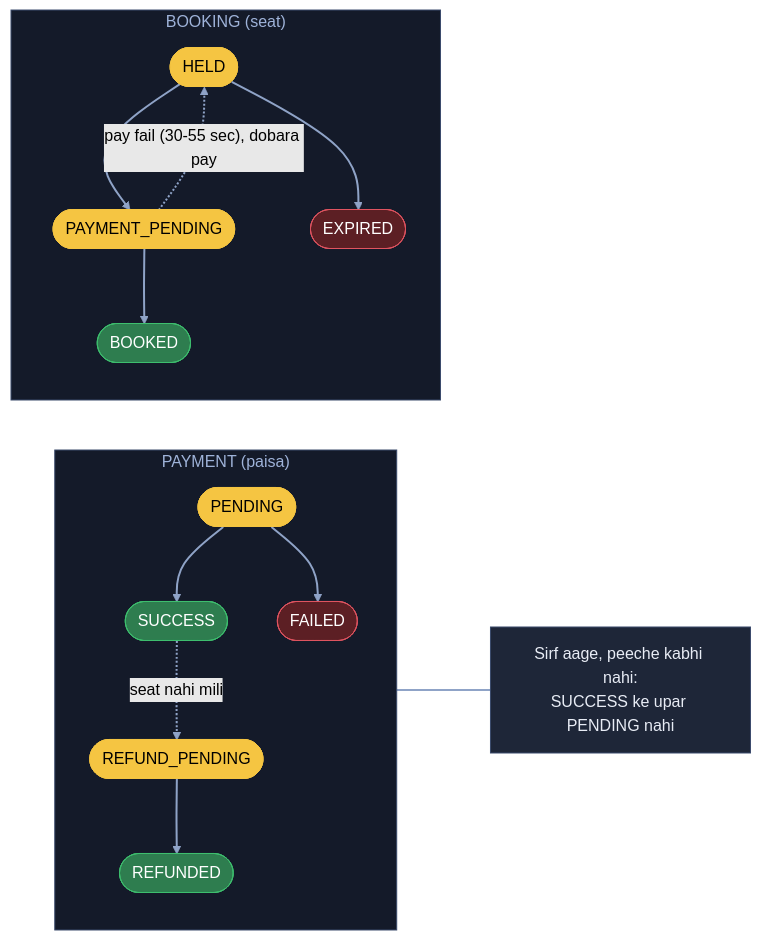
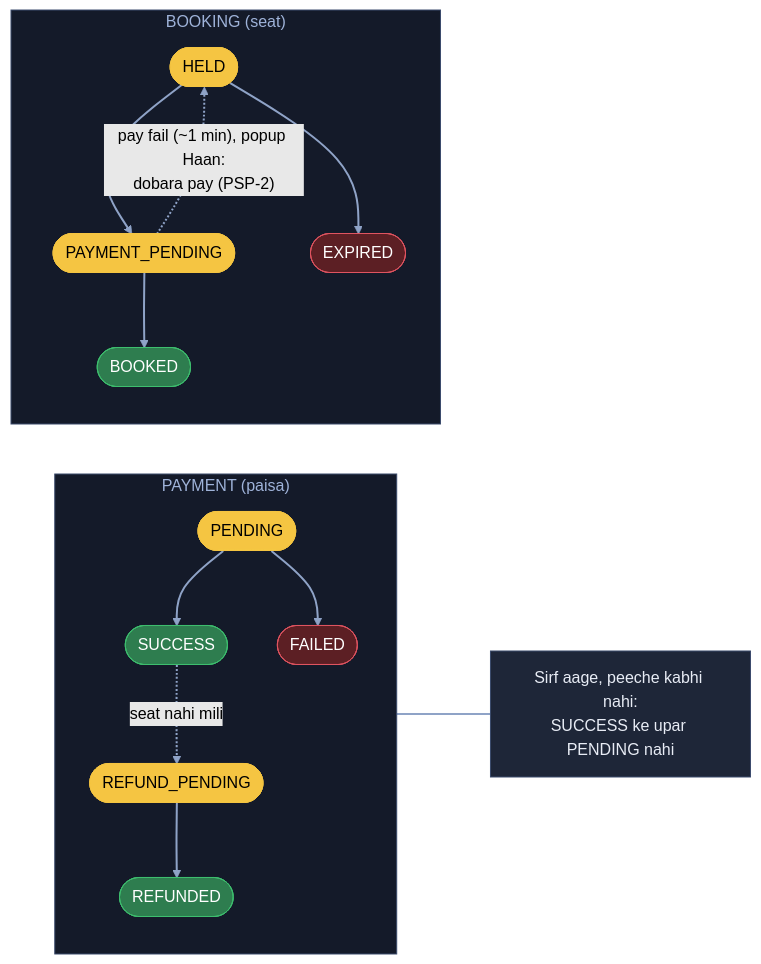
One commit to ArpanMaheshwari144/Prep changed the tenth of 11 diagrams in 04_HLD/SYSTEM_DESIGNS/09_bookmyshow/09_bookmyshow.md. Above: the diagram before and after it, drawn with Mermaid (forest theme). The commit also changed other lines of this file and 2 other files, not shown here.

Commit message:
BMS 6b: 1 min baad popup 'dobara pay?' - Haan = PSP-2 ka QR, Naa = seat turant khali, TTL nahi badhana; 6e, state diagram, FR, chain

````diff
--- a/04_HLD/SYSTEM_DESIGNS/09_bookmyshow/09_bookmyshow.md
+++ b/04_HLD/SYSTEM_DESIGNS/09_bookmyshow/09_bookmyshow.md
@@ -364,21 +367,21 @@
 ```mermaid
 flowchart LR
     subgraph PAY["PAYMENT (paisa)"]
         P1(["PENDING"]):::pill --> S1(["SUCCESS"]):::good
         P1 --> F1(["FAILED"]):::bad
         S1 -. "seat nahi mili" .-> R1(["REFUND_PENDING"]):::pill --> R2(["REFUNDED"]):::good
     end
     subgraph BOOK["BOOKING (seat)"]
         H1(["HELD"]):::pill --> PP(["PAYMENT_PENDING"]):::pill --> B1(["BOOKED"]):::good
         H1 --> E1(["EXPIRED"]):::bad
-        PP -. "pay fail (30-55 sec), dobara pay" .-> H1
+        PP -. "pay fail (~1 min), popup Haan:<br/>dobara pay (PSP-2)" .-> H1
     end
     PAY ~~~ N["Sirf aage, peeche kabhi nahi:<br/>SUCCESS ke upar PENDING nahi"]:::card
     linkStyle default stroke:#8fa3c7,stroke-width:2px
     classDef card fill:#1e2638,stroke:#3a4a6b,color:#e8ecf5
     classDef pill fill:#f5c542,stroke:#f5c542,color:#000
     classDef good fill:#2e7d4f,stroke:#3fbf6f,color:#fff
     classDef bad fill:#5c1f24,stroke:#e05561,color:#fff
     style PAY fill:#141a29,stroke:#3a4a6b,color:#9fb3d9
     style BOOK fill:#141a29,stroke:#3a4a6b,color:#9fb3d9
 ```
````
